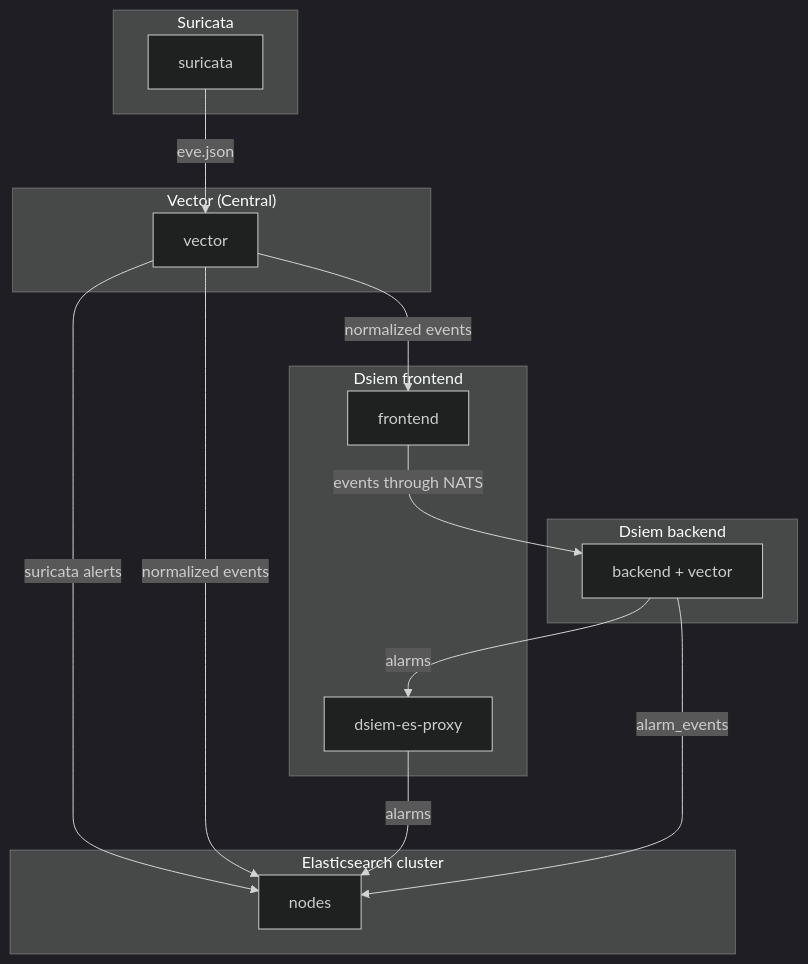
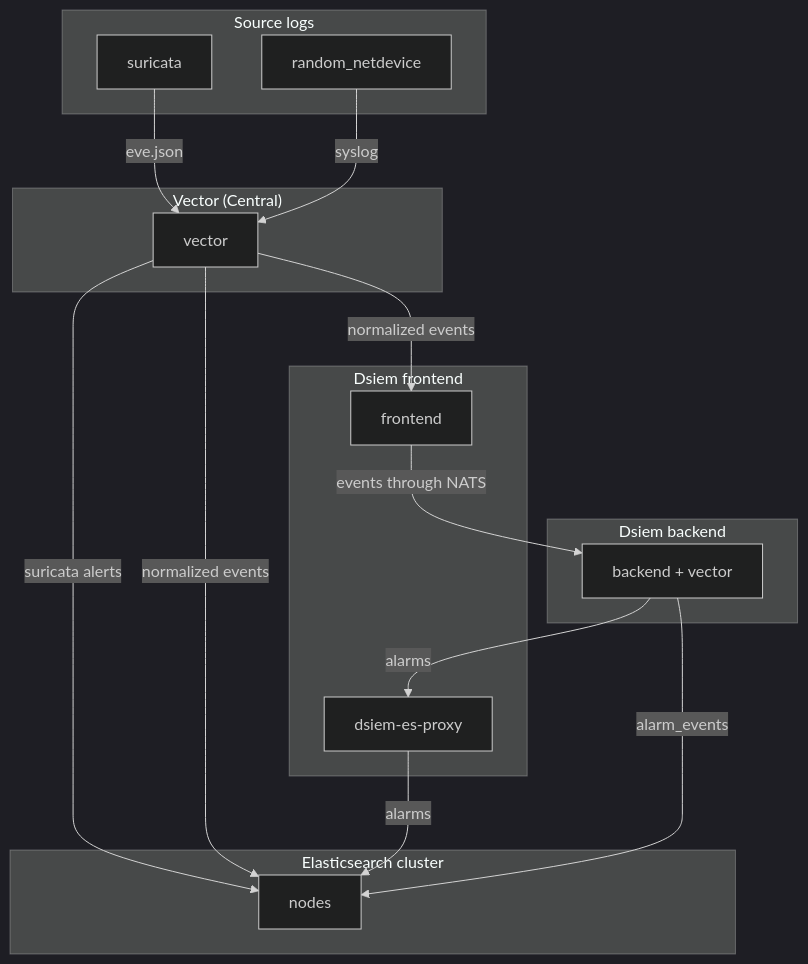
One commit to mmta/dsiem-esproxy changed the diagram in Readme.md. Above: the diagram before and after it, drawn with Mermaid (dark theme). The commit also changed other lines of this file and 40 other files, not shown here.

````diff
--- a/Readme.md
+++ b/Readme.md
@@ -11,38 +11,39 @@
 ```mermaid
 flowchart TB
 
 v3 -->|suricata alerts|es
 v3 -->|normalized events|es
 v3 -->|normalized events|df
 ep -->|alarms|es
 
 db -->|alarm_events|es
 db -->|alarms|ep
 
 s1 -->|eve.json|v3
+s2 -->|syslog|v3
 
 df -->|events through NATS|db
 
 subgraph "Vector (Central)"
  v3[vector]
 end
 
-
-subgraph Suricata
+subgraph Source logs
  s1[suricata]
+ s2[random_netdevice]
 end
 
 subgraph Elasticsearch cluster
  es[nodes]
 end
 
 subgraph Dsiem frontend
  ep[dsiem-es-proxy]
  df[frontend]
 end
 
 subgraph Dsiem backend
  db[backend + vector]
 end
 
 ```
````
